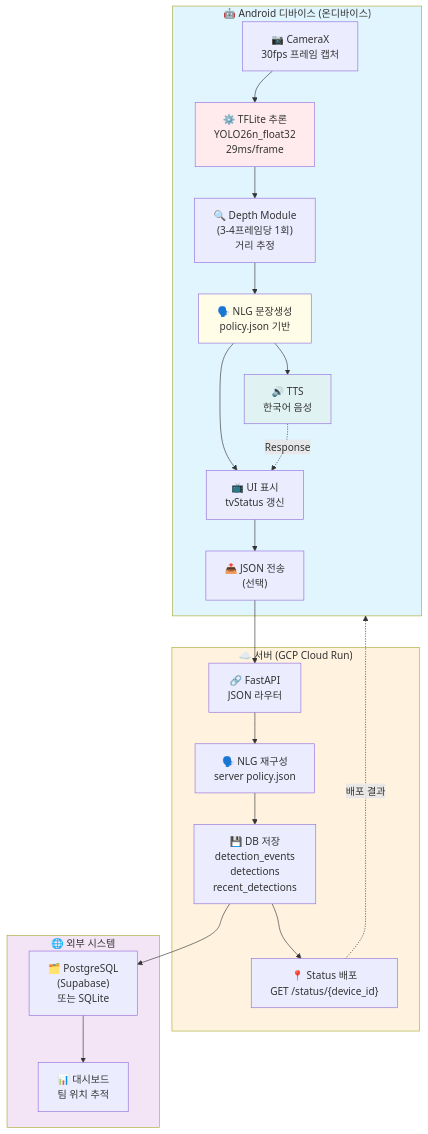
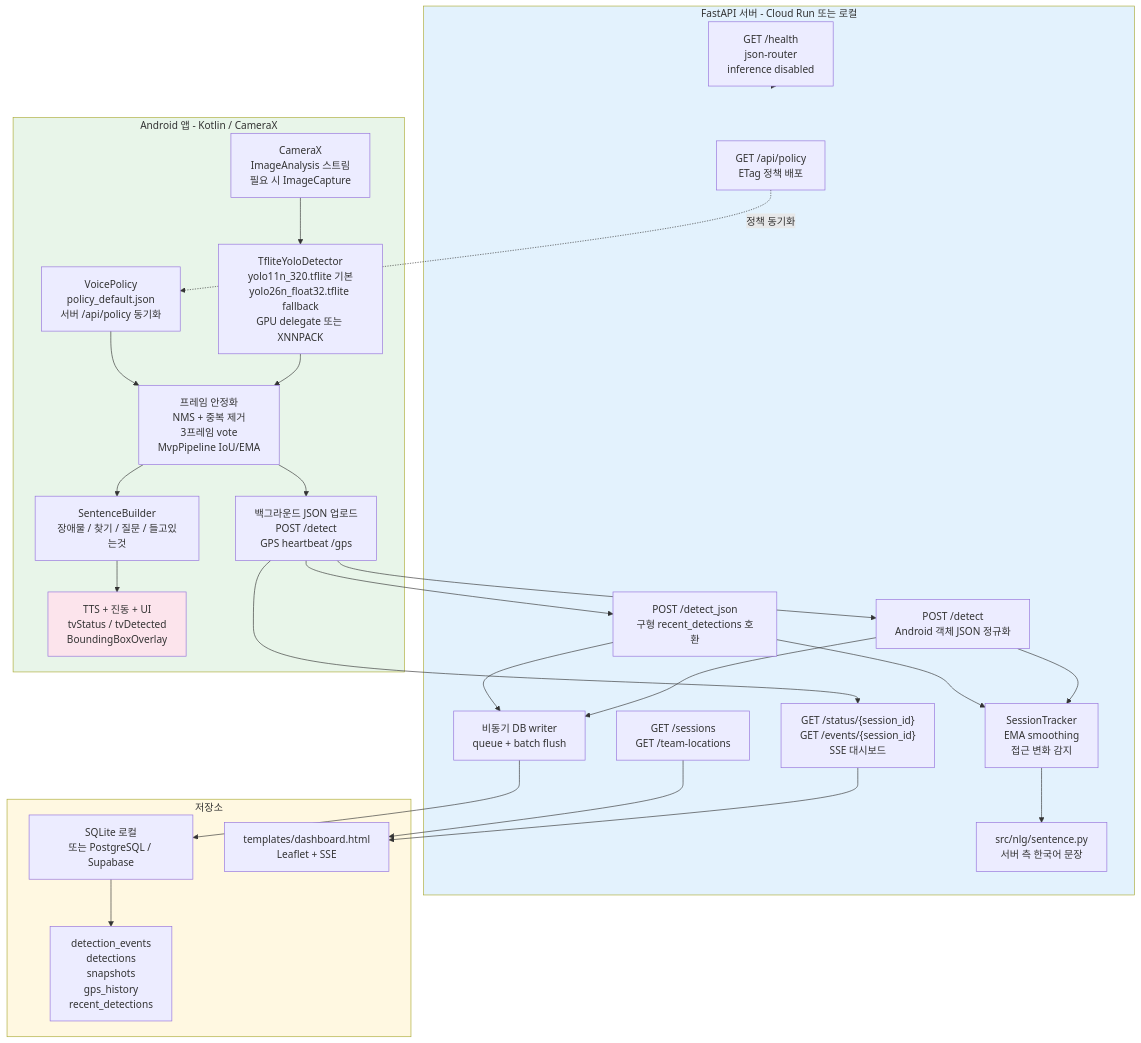
The first of 5 diagrams in ARCHITECTURE_DIAGRAMS.md (coding-jhj/First_Project), drawn with Mermaid before and after one commit. The commit also changed other lines of this file and 2 other files, not shown here.

````diff
--- a/ARCHITECTURE_DIAGRAMS.md
+++ b/ARCHITECTURE_DIAGRAMS.md
@@ -10,48 +9,51 @@
 ```mermaid
 graph TB
-    subgraph Android["🤖 Android 디바이스 (온디바이스)"]
-        Camera["📷 CameraX<br/>30fps 프레임 캡처"]
-        TFLite["⚙️ TFLite 추론<br/>YOLO26n_float32<br/>29ms/frame"]
-        Depth["🔍 Depth Module<br/>(3-4프레임당 1회)<br/>거리 추정"]
-        NLG_A["🗣️ NLG 문장생성<br/>policy.json 기반"]
-        TTS["🔊 TTS<br/>한국어 음성"]
-        UI["📺 UI 표시<br/>tvStatus 갱신"]
-        JSON_Send["📤 JSON 전송<br/>(선택)"]
+    subgraph Android["Android 앱 - Kotlin / CameraX"]
+        Camera["CameraX<br/>ImageAnalysis 스트림<br/>필요 시 ImageCapture"]
+        Yolo["TfliteYoloDetector<br/>yolo11n_320.tflite 기본<br/>yolo26n_float32.tflite fallback<br/>GPU delegate 또는 XNNPACK"]
+        Stabilize["프레임 안정화<br/>NMS + 중복 제거<br/>3프레임 vote<br/>MvpPipeline IoU/EMA"]
+        PolicyA["VoicePolicy<br/>policy_default.json<br/>서버 /api/policy 동기화"]
+        SentenceA["SentenceBuilder<br/>장애물 / 찾기 / 질문 / 들고있는것"]
+        Output["TTS + 진동 + UI<br/>tvStatus / tvDetected<br/>BoundingBoxOverlay"]
+        Upload["백그라운드 JSON 업로드<br/>POST /detect<br/>GPS heartbeat /gps"]
     end
-    
-    subgraph Server["☁️ 서버 (GCP Cloud Run)"]
-        API["🔗 FastAPI<br/>JSON 라우터"]
-        NLG_S["🗣️ NLG 재구성<br/>server policy.json"]
-        DB_Save["💾 DB 저장<br/>detection_events<br/>detections<br/>recent_detections"]
-        Status["📍 Status 배포<br/>GET /status/{device_id}"]
+
+    subgraph Server["FastAPI 서버 - Cloud Run 또는 로컬"]
+        Health["GET /health<br/>json-router<br/>inference disabled"]
+        PolicyS["GET /api/policy<br/>ETag 정책 배포"]
+        Detect["POST /detect<br/>Android 객체 JSON 정규화"]
+        Legacy["POST /detect_json<br/>구형 recent_detections 호환"]
+        Tracker["SessionTracker<br/>EMA smoothing<br/>접근 변화 감지"]
+        NLG["src/nlg/sentence.py<br/>서버 측 한국어 문장"]
+        Writer["비동기 DB writer<br/>queue + batch flush"]
+        Realtime["GET /status/{session_id}<br/>GET /events/{session_id}<br/>SSE 대시보드"]
+        Team["GET /sessions<br/>GET /team-locations"]
     end
-    
-    subgraph External["🌐 외부 시스템"]
-        Dashboard["📊 대시보드<br/>팀 위치 추적"]
-        DB["🗂️ PostgreSQL<br/>(Supabase)<br/>또는 SQLite"]
+
+    subgraph Storage["저장소"]
+        DB["SQLite 로컬<br/>또는 PostgreSQL / Supabase"]
+        Tables["detection_events<br/>detections<br/>snapshots<br/>gps_history<br/>recent_detections"]
+        Dashboard["templates/dashboard.html<br/>Leaflet + SSE"]
     end
-    
-    Camera --> TFLite
-    TFLite --> Depth
-    Depth --> NLG_A
-    NLG_A --> TTS
-    NLG_A --> UI
-    UI --> JSON_Send
-    JSON_Send --> API
-    
-    API --> NLG_S
-    NLG_S --> DB_Save
-    DB_Save --> DB
-    DB_Save --> Status
-    DB --> Dashboard
-    
-    TTS -.Response.-> UI
-    Status -.배포 결과.-> Android
 
-style Android fill:#e1f5ff
-style Server fill:#fff3e0
-style External fill:#f3e5f5
-style TFLite fill:#ffebee
-style NLG_A fill:#fffde7
-style TTS fill:#e0f2f1
+    Camera --> Yolo --> Stabilize --> SentenceA --> Output
+    PolicyS -.정책 동기화.-> PolicyA
+    PolicyA --> Stabilize
+    Stabilize --> Upload
+    Upload --> Detect
+    Upload --> Legacy
+    Upload --> Realtime
+    Detect --> Tracker --> NLG
+    Detect --> Writer
+    Legacy --> Tracker
+    Legacy --> Writer
+    Writer --> DB --> Tables
+    Realtime --> Dashboard
+    Team --> Dashboard
+    Health --> Server
+
+    style Android fill:#e8f5e9
+    style Server fill:#e3f2fd
+    style Storage fill:#fff8e1
+    style Output fill:#fce4ec
 ```
````
